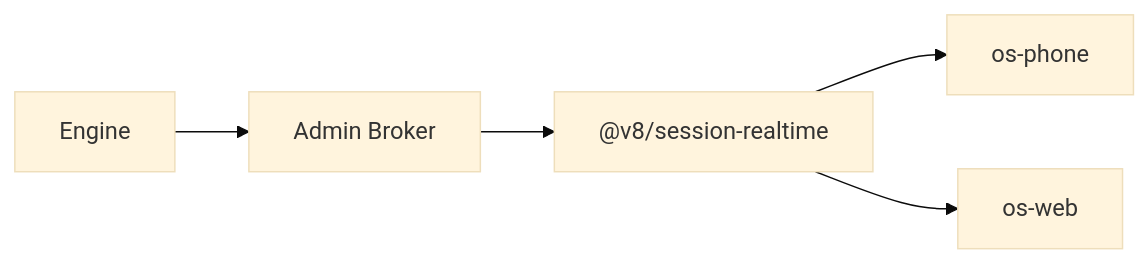
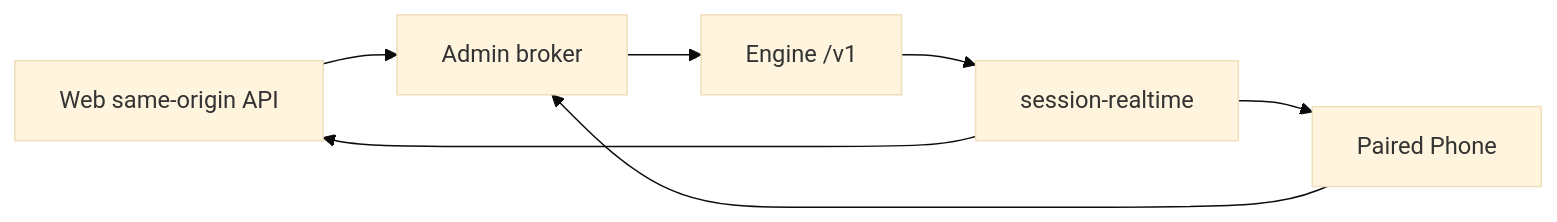
One commit to justForever17/v8-agent-os changed the diagram in docs/V8_AGENT_OS_API_REFERENCE_ZH.md. Above: the diagram before and after it, drawn with Mermaid (base theme). The commit also changed other lines of this file and 6 other files, not shown here.

````diff
--- a/docs/V8_AGENT_OS_API_REFERENCE_ZH.md
+++ b/docs/V8_AGENT_OS_API_REFERENCE_ZH.md
@@ -25,7 +21,9 @@
 ```mermaid
 flowchart LR
-  A["Engine"] --> B["Admin Broker"]
-  B --> C["@v8/session-realtime"]
-  C --> D["os-phone"]
-  C --> E["os-web"]
+  Web["Web same-origin API"] --> Admin["Admin broker"]
+  Phone["Paired Phone"] --> Admin
+  Admin --> Engine["Engine /v1"]
+  Engine --> Contract["session-realtime"]
+  Contract --> Web
+  Contract --> Phone
 ```
````
